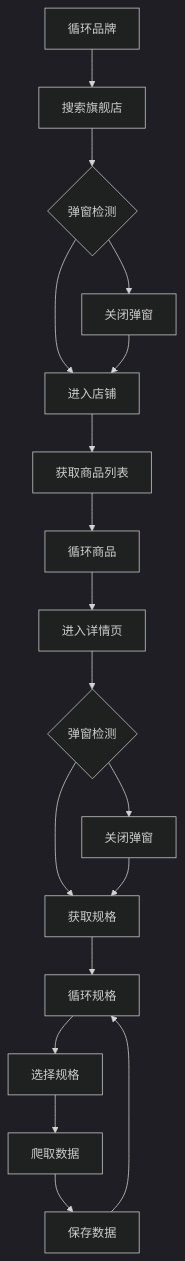
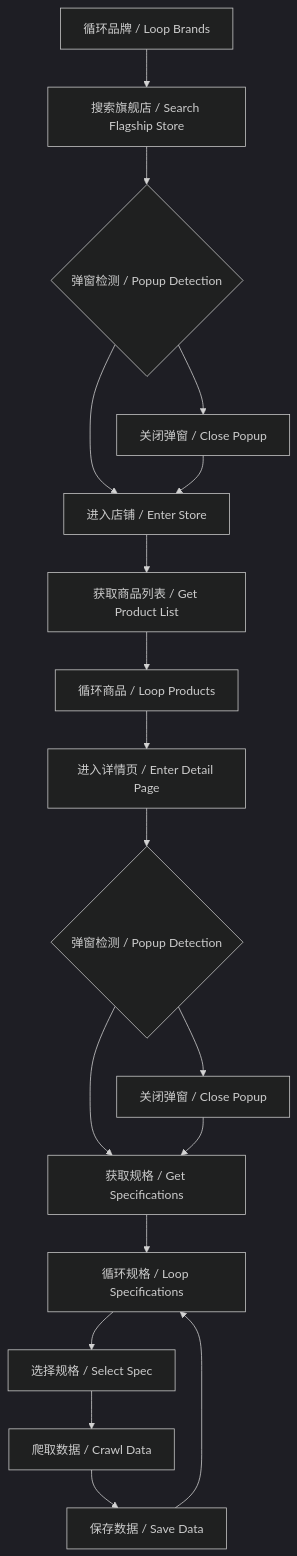
The third of 6 diagrams in README.md (041008Ashley/2025-platform-price-crawling-tool), drawn with Mermaid (dark theme) before and after one commit. The commit also changed other lines of this file, not shown here.

````diff
--- a/README.md
+++ b/README.md
@@ -110,20 +109,20 @@
 ```mermaid
 graph TB
-    J[循环品牌] --> K[搜索旗舰店]
-    K --> L{弹窗检测}
-    L --> M[关闭弹窗]
-    L --> N[进入店铺]
+    J[循环品牌 / Loop Brands] --> K[搜索旗舰店 / Search Flagship Store]
+    K --> L{弹窗检测 / Popup Detection}
+    L --> M[关闭弹窗 / Close Popup]
+    L --> N[进入店铺 / Enter Store]
     M --> N
-    N --> O[获取商品列表]
-    O --> P[循环商品]
-    P --> Q[进入详情页]
-    Q --> R{弹窗检测}
-    R --> S[关闭弹窗]
-    R --> T[获取规格]
+    N --> O[获取商品列表 / Get Product List]
+    O --> P[循环商品 / Loop Products]
+    P --> Q[进入详情页 / Enter Detail Page]
+    Q --> R{弹窗检测 / Popup Detection}
+    R --> S[关闭弹窗 / Close Popup]
+    R --> T[获取规格 / Get Specifications]
     S --> T
-    T --> U[循环规格]
-    U --> V[选择规格]
-    V --> W[爬取数据]
-    W --> X[保存数据]
+    T --> U[循环规格 / Loop Specifications]
+    U --> V[选择规格 / Select Spec]
+    V --> W[爬取数据 / Crawl Data]
+    W --> X[保存数据 / Save Data]
     X --> U
 ```
````
